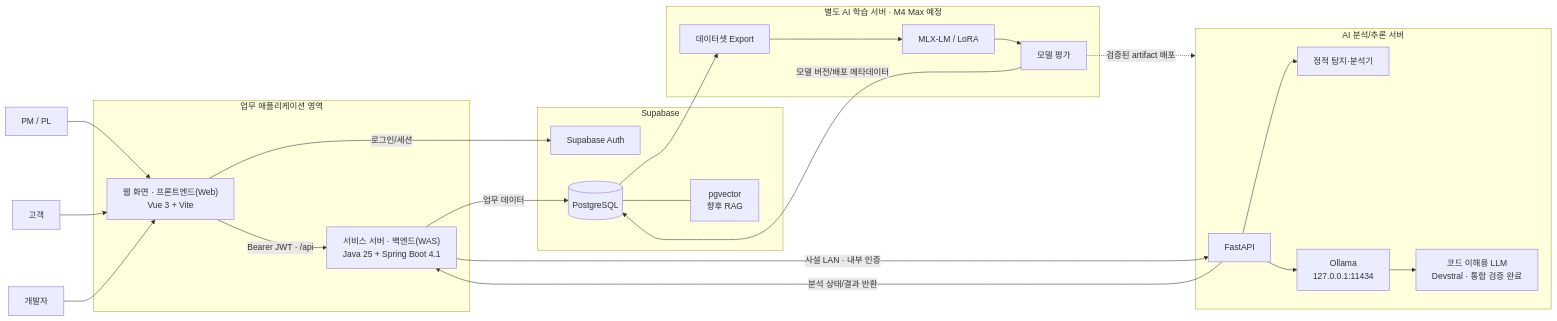
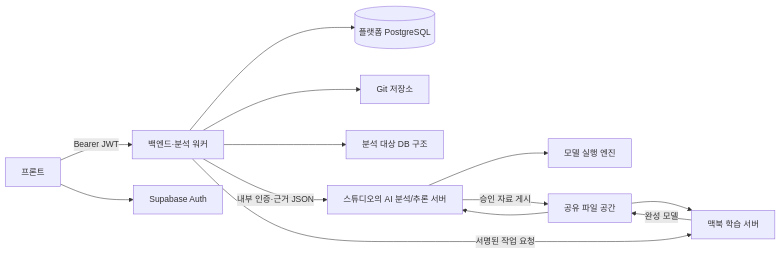
The first of 2 diagrams in docs/02_시스템_아키텍처.md (KimAgHuge/hackathon-ai), drawn with Mermaid before and after one commit. The commit also changed other lines of this file and 29 other files, not shown here.

````diff
--- a/docs/02_시스템_아키텍처.md
+++ b/docs/02_시스템_아키텍처.md
@@ -21,48 +29,15 @@
 ```mermaid
 flowchart LR
-    PM["PM / PL"]
-    CUSTOMER["고객"]
-    DEV["개발자"]
-
-    subgraph APP["업무 애플리케이션 영역"]
-        FE["웹 화면 · 프론트엔드(Web)<br/>Vue 3 + Vite"]
-        BE["서비스 서버 · 백엔드(WAS)<br/>Java 25 + Spring Boot 4.1"]
-    end
-
-    subgraph SB["Supabase"]
-        AUTH["Supabase Auth"]
-        DB[("PostgreSQL")]
-        VEC["pgvector<br/>향후 RAG"]
-    end
-
-    subgraph MAC["AI 분석/추론 서버"]
-        API["FastAPI"]
-        DET["정적 탐지·분석기"]
-        OLLAMA["Ollama<br/>127.0.0.1:11434"]
-        MODEL["코드 이해용 LLM<br/>Devstral · 통합 검증 완료"]
-    end
-
-    subgraph TRAIN["별도 AI 학습 서버 · M4 Max 예정"]
-        EXPORT["데이터셋 Export"]
-        LORA["MLX-LM / LoRA"]
-        EVAL["모델 평가"]
-    end
-
-    PM --> FE
-    CUSTOMER --> FE
-    DEV --> FE
-    FE -->|"로그인/세션"| AUTH
-    FE -->|"Bearer JWT · /api"| BE
-    BE -->|"업무 데이터"| DB
-    BE -->|"사설 LAN · 내부 인증"| API
-    API --> DET
-    API --> OLLAMA
-    OLLAMA --> MODEL
-    API -->|"분석 상태/결과 반환"| BE
-    DB --> EXPORT
-    EXPORT --> LORA
-    LORA --> EVAL
-    EVAL -->|"모델 버전/배포 메타데이터"| DB
-    EVAL -.->|"검증된 artifact 배포"| MAC
-    DB --- VEC
+    UI["프론트"] -->|"Bearer JWT"| BE["백엔드·분석 워커"]
+    UI --> AUTH["Supabase Auth"]
+    BE --> DB[("플랫폼 PostgreSQL")]
+    BE --> GIT["Git 저장소"]
+    BE --> TARGET["분석 대상 DB 구조"]
+    BE -->|"내부 인증·근거 JSON"| AI["스튜디오의 AI 분석/추론 서버"]
+    AI --> ENGINE["모델 실행 엔진"]
+    BE -->|"서명된 작업 요청"| TRAIN["맥북 학습 서버"]
+    AI -->|"승인 자료 게시"| SHARE["공유 파일 공간"]
+    SHARE --> TRAIN
+    TRAIN -->|"완성 모델"| SHARE
+    SHARE --> AI
 ```
````
